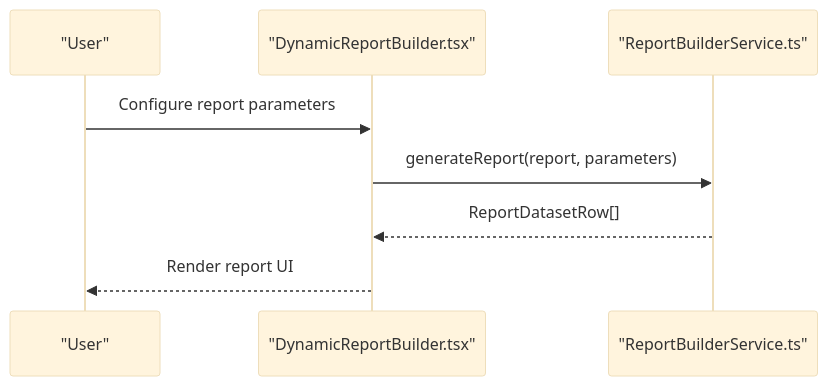
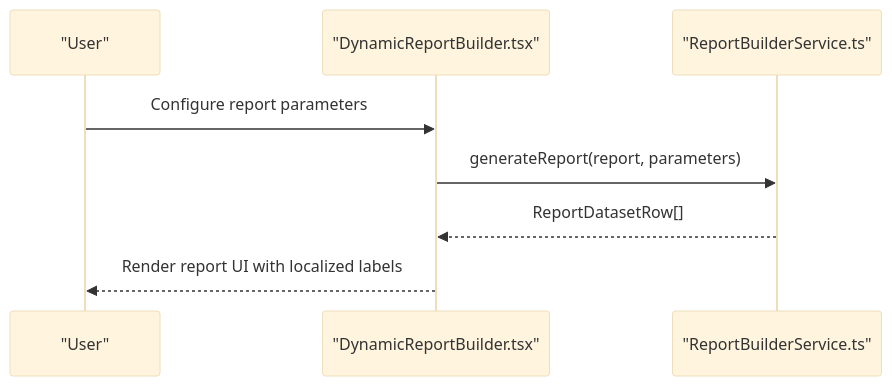
One commit to geniusdynamics/schoolpilot changed the sixth of 10 diagrams in .qoder/repowiki/en/content/Modules System/Reports Module.md. Above: the diagram before and after it, drawn with Mermaid (base theme). The commit also changed other lines of this file and 16 other files, not shown here.

````diff
--- a/.qoder/repowiki/en/content/Modules System/Reports Module.md
+++ b/.qoder/repowiki/en/content/Modules System/Reports Module.md
@@ -202,10 +262,10 @@
 ```mermaid
 sequenceDiagram
 participant User as "User"
 participant Builder as "DynamicReportBuilder.tsx"
 participant Service as "ReportBuilderService.ts"
 User->>Builder : Configure report parameters
 Builder->>Service : generateReport(report, parameters)
 Service-->>Builder : ReportDatasetRow[]
-Builder-->>User : Render report UI
+Builder-->>User : Render report UI with localized labels
 ```
````
